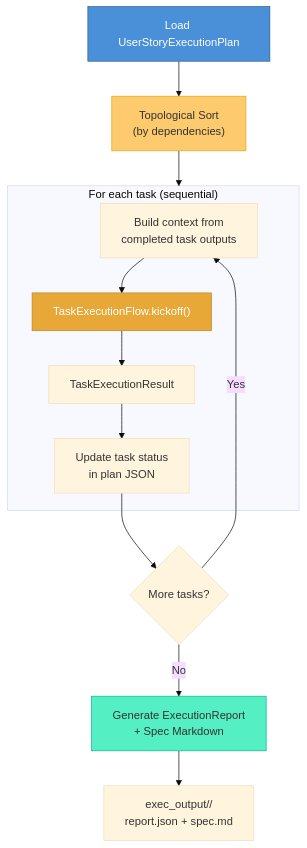
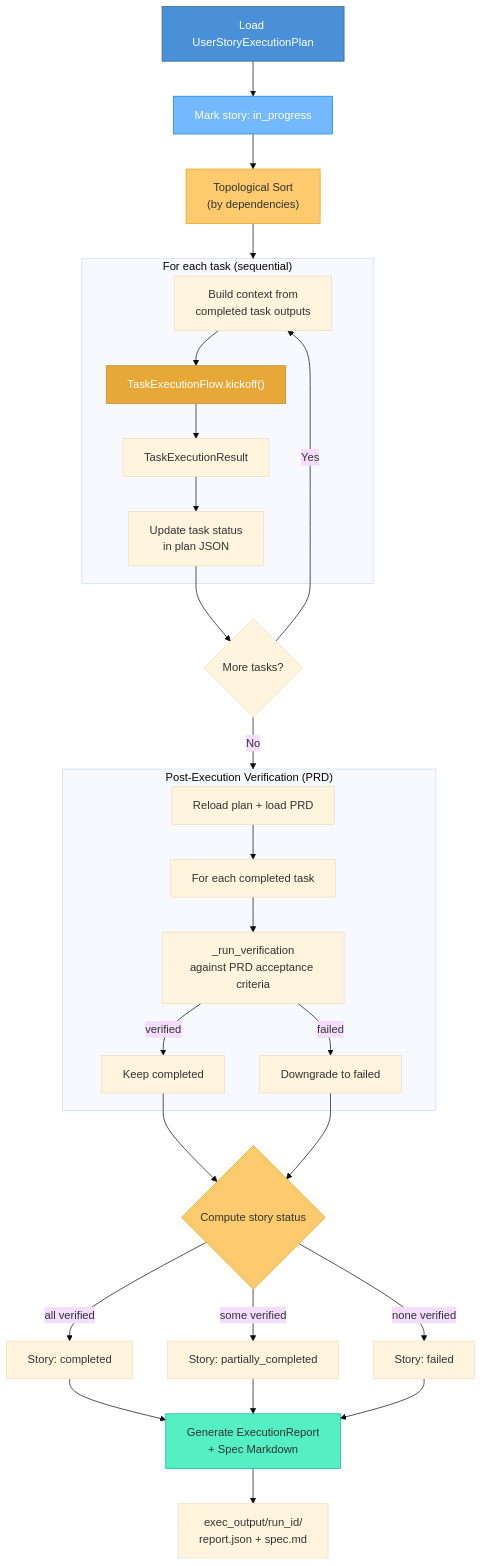
Before and after one commit to darthlinuxer/dialectic-crew-ai: the fourth of 4 diagrams in docs/flows.md, drawn with Mermaid (base theme). The commit also changed other lines of this file and 9 other files, not shown here.

First line of the commit message:
feat: auto-verify tasks against PRD and track user story completion

````diff
--- a/docs/flows.md
+++ b/docs/flows.md
@@ -226,23 +226,44 @@
 ```mermaid
 flowchart TD
-    LOAD["Load UserStoryExecutionPlan"] --> TOPO["Topological Sort<br/>(by dependencies)"]
+    LOAD["Load UserStoryExecutionPlan"] --> STORY_IP["Mark story: in_progress"]
+    STORY_IP --> TOPO["Topological Sort<br/>(by dependencies)"]
     TOPO --> LOOP
 
     subgraph LOOP["For each task (sequential)"]
         CTX["Build context from<br/>completed task outputs"]
         CTX --> FLOW["TaskExecutionFlow.kickoff()"]
         FLOW --> RESULT["TaskExecutionResult"]
         RESULT --> STATUS["Update task status<br/>in plan JSON"]
     end
 
     STATUS --> MORE{More tasks?}
     MORE -->|Yes| CTX
-    MORE -->|No| REPORT["Generate ExecutionReport<br/>+ Spec Markdown"]
+    MORE -->|No| POST_VERIFY
 
-    REPORT --> OUTPUT["exec_output/<run_id>/<br/>report.json + spec.md"]
+    subgraph POST_VERIFY ["Post-Execution Verification (PRD)"]
+        PV_LOAD["Reload plan + load PRD"] --> PV_LOOP["For each completed task"]
+        PV_LOOP --> PV_CHECK["_run_verification<br/>against PRD acceptance criteria"]
+        PV_CHECK -->|"verified"| PV_OK["Keep completed"]
+        PV_CHECK -->|"failed"| PV_FAIL["Downgrade to failed"]
+    end
+
+    PV_OK --> STORY_STATUS
+    PV_FAIL --> STORY_STATUS
+
+    STORY_STATUS{"Compute story status"} -->|"all verified"| DONE_OK["Story: completed"]
+    STORY_STATUS -->|"some verified"| DONE_PARTIAL["Story: partially_completed"]
+    STORY_STATUS -->|"none verified"| DONE_FAIL["Story: failed"]
+
+    DONE_OK --> REPORT["Generate ExecutionReport<br/>+ Spec Markdown"]
+    DONE_PARTIAL --> REPORT
+    DONE_FAIL --> REPORT
+
+    REPORT --> OUTPUT["exec_output/run_id/<br/>report.json + spec.md"]
 
     style LOAD fill:#4A90D9,stroke:#2C5F8A,color:#fff
+    style STORY_IP fill:#74B9FF,stroke:#0984E3,color:#fff
     style TOPO fill:#FDCB6E,stroke:#E1A517,color:#333
     style FLOW fill:#E8A838,stroke:#B8862D,color:#fff
+    style STORY_STATUS fill:#FDCB6E,stroke:#E1A517,color:#333
     style REPORT fill:#55EFC4,stroke:#00B894,color:#333
 ```
````
